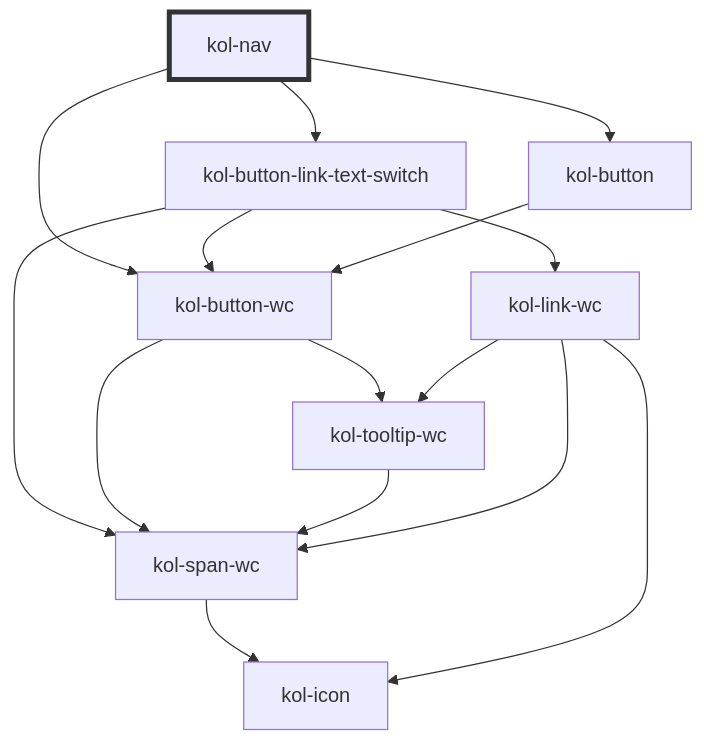
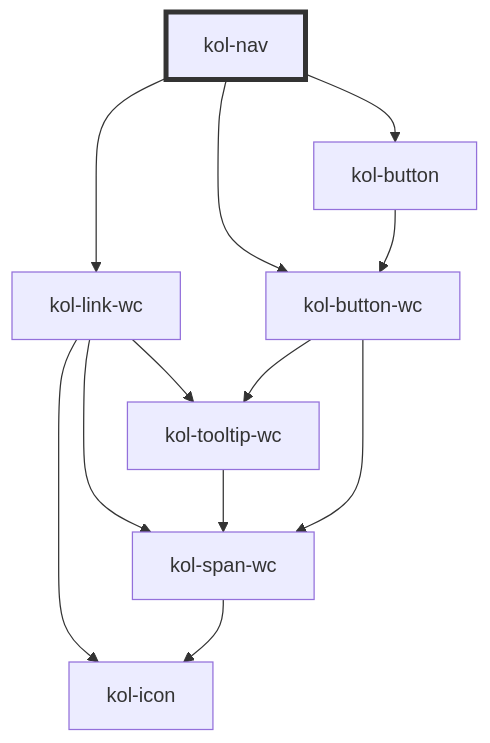
Before and after one commit to public-ui/kolibri: the diagram in packages/components/src/components/nav/readme.md, drawn with Mermaid. The commit also changed other lines of this file and 1 other file, not shown here.

Commit message:
Fix default value for link-group _listStyleType

````diff
--- a/packages/components/src/components/nav/readme.md
+++ b/packages/components/src/components/nav/readme.md
@@ -120,18 +120,15 @@
 ```mermaid
 graph TD;
-  kol-nav --> kol-button-link-text-switch
+  kol-nav --> kol-link-wc
   kol-nav --> kol-button-wc
   kol-nav --> kol-button
-  kol-button-link-text-switch --> kol-button-wc
-  kol-button-link-text-switch --> kol-link-wc
-  kol-button-link-text-switch --> kol-span-wc
-  kol-button-wc --> kol-span-wc
-  kol-button-wc --> kol-tooltip-wc
-  kol-span-wc --> kol-icon
-  kol-tooltip-wc --> kol-span-wc
   kol-link-wc --> kol-span-wc
   kol-link-wc --> kol-icon
   kol-link-wc --> kol-tooltip-wc
+  kol-span-wc --> kol-icon
+  kol-tooltip-wc --> kol-span-wc
+  kol-button-wc --> kol-span-wc
+  kol-button-wc --> kol-tooltip-wc
   kol-button --> kol-button-wc
   style kol-nav stroke:#333,stroke-width:4px
 ```
````
